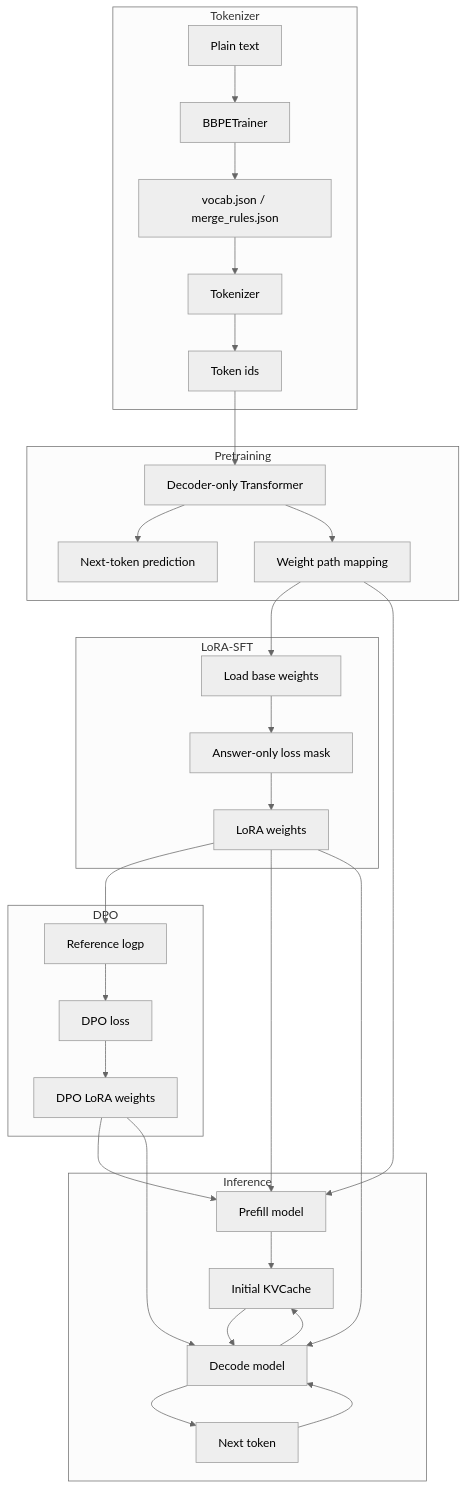
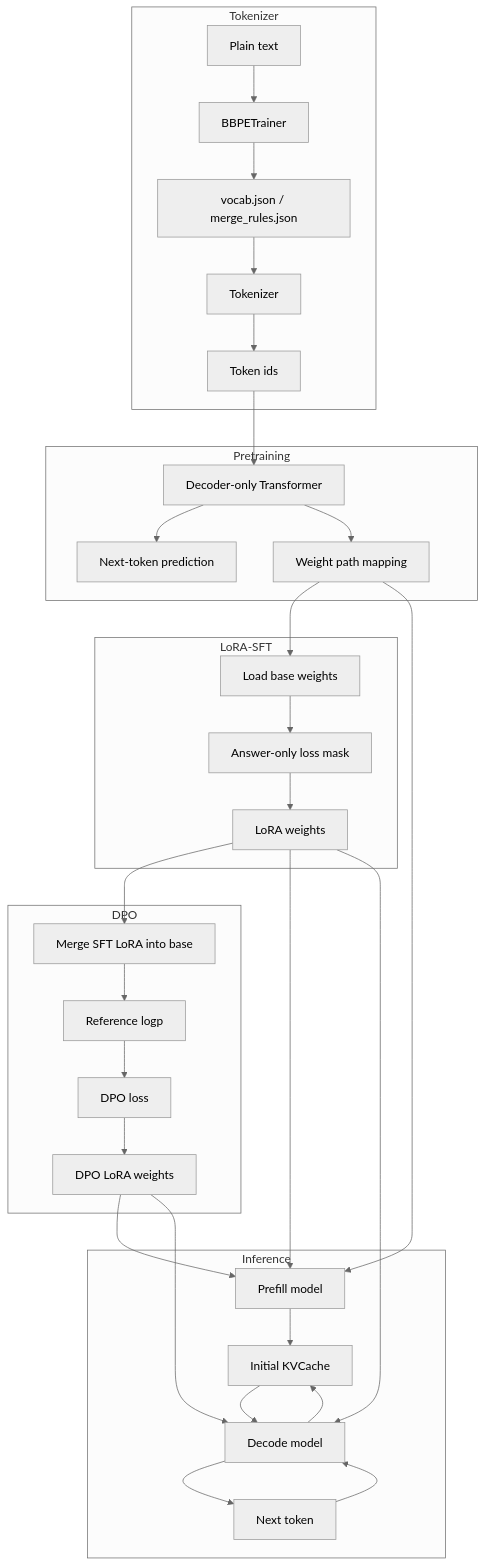
Before and after one commit to huzhen-ah/mini-llm-demo: the diagram in README.md, drawn with Mermaid (neutral theme). The commit also changed other lines of this file and 13 other files, not shown here.

Commit message:
Add LoRA DPO flow and weight naming

````diff
--- a/README.md
+++ b/README.md
@@ -17,40 +17,41 @@
 ```mermaid
 flowchart TB
     subgraph T["Tokenizer"]
         A["Plain text"] --> B["BBPETrainer"]
         B --> C["vocab.json / merge_rules.json"]
         C --> D["Tokenizer"]
         D --> E["Token ids"]
     end
 
     subgraph P["Pretraining"]
         E --> F["Decoder-only Transformer"]
         F --> G["Next-token prediction"]
         F --> H["Weight path mapping"]
     end
 
     subgraph S["LoRA-SFT"]
         H --> N["Load base weights"]
         N --> O["Answer-only loss mask"]
         O --> Q["LoRA weights"]
     end
 
     subgraph DPO["DPO"]
-        Q --> R["Reference logp"]
+        Q --> Q2["Merge SFT LoRA into base"]
+        Q2 --> R["Reference logp"]
         R --> S2["DPO loss"]
         S2 --> T2["DPO LoRA weights"]
     end
 
     subgraph I["Inference"]
         H --> J["Prefill model"]
         Q --> J
         T2 --> J
         J --> K["Initial KVCache"]
         K --> L["Decode model"]
         Q --> L
         T2 --> L
         L --> M["Next token"]
         M --> L
         L --> K
     end
 ```
````
